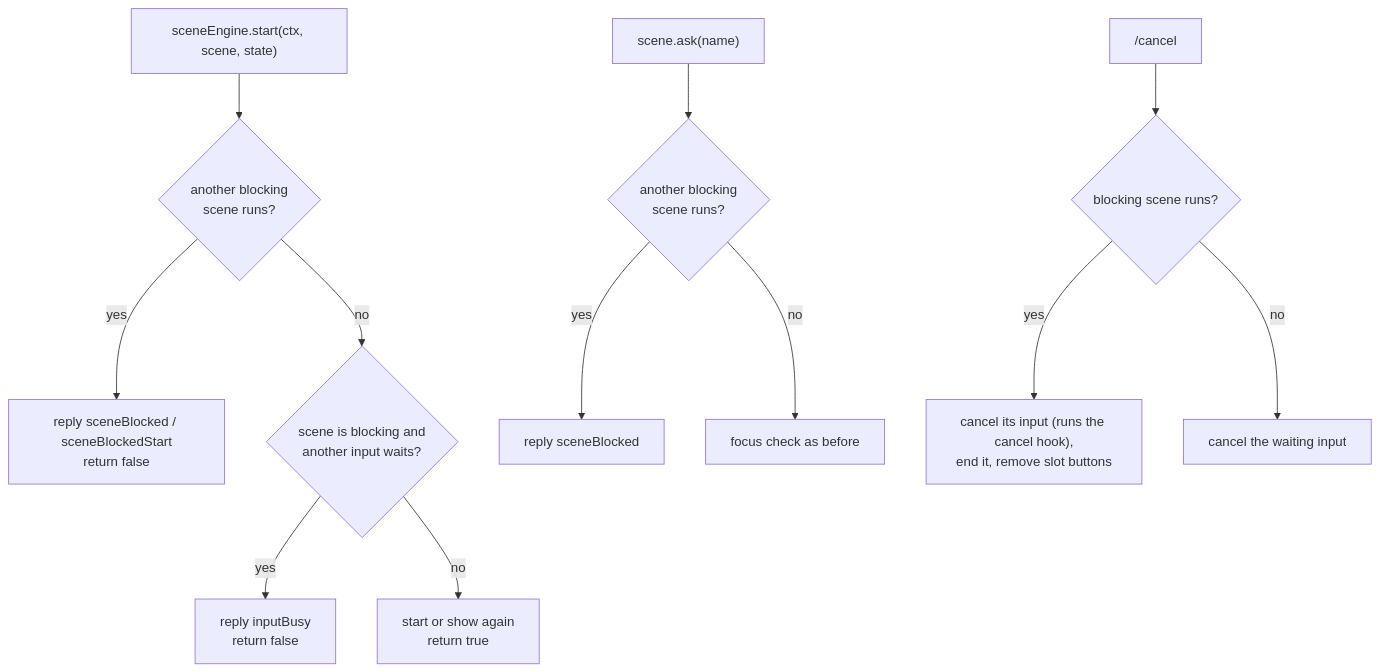
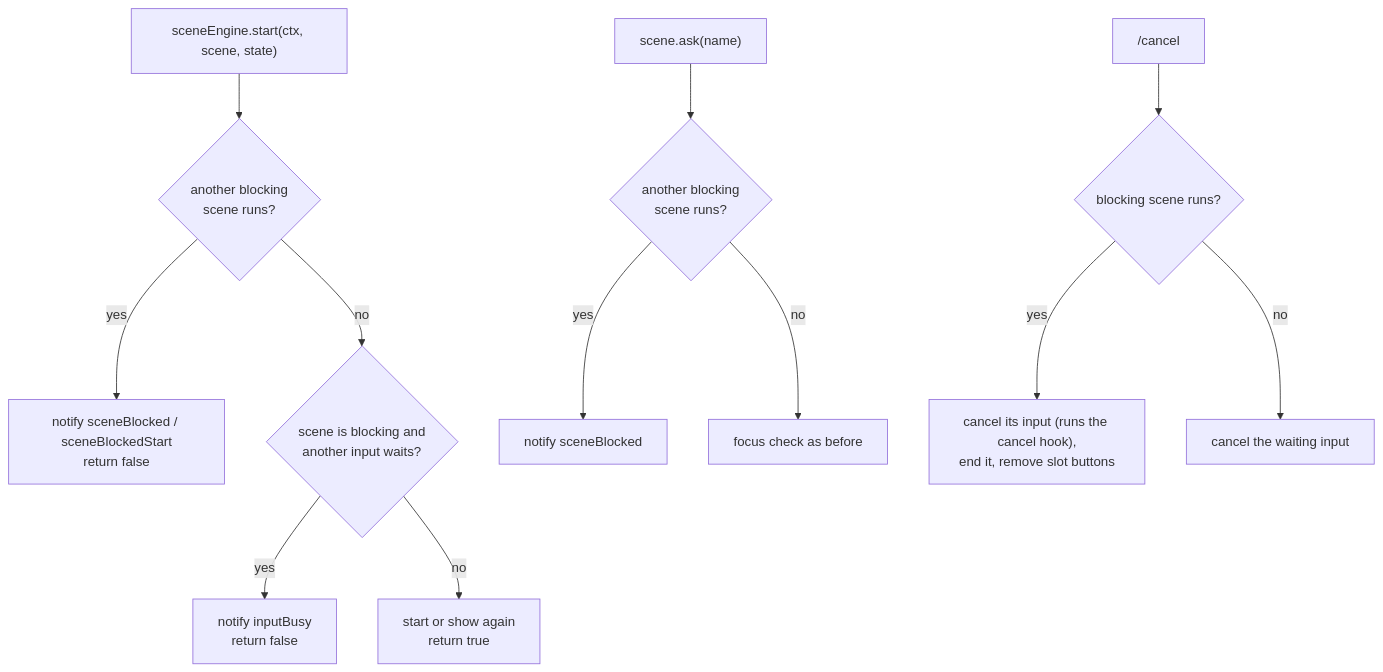
Before and after one commit to ayuvlasenko/smart-assistant: the third of 6 diagrams in apps/server/src/plugins/app/telegram/README.md, drawn with Mermaid. The commit also changed other lines of this file and 5 other files, not shown here.

````diff
--- a/apps/server/src/plugins/app/telegram/README.md
+++ b/apps/server/src/plugins/app/telegram/README.md
@@ -483,16 +484,16 @@
 ```mermaid
 flowchart TD
     start["sceneEngine.start(ctx, scene, state)"] --> blocker{"another blocking<br/>scene runs?"}
-    blocker -->|yes| refuse["reply sceneBlocked / sceneBlockedStart<br/>return false"]
+    blocker -->|yes| refuse["notify sceneBlocked / sceneBlockedStart<br/>return false"]
     blocker -->|no| own{"scene is blocking and<br/>another input waits?"}
-    own -->|yes| busy["reply inputBusy<br/>return false"]
+    own -->|yes| busy["notify inputBusy<br/>return false"]
     own -->|no| run["start or show again<br/>return true"]
 
     ask["scene.ask(name)"] --> askBlocker{"another blocking<br/>scene runs?"}
-    askBlocker -->|yes| askRefuse["reply sceneBlocked"]
+    askBlocker -->|yes| askRefuse["notify sceneBlocked"]
     askBlocker -->|no| askFocus["focus check as before"]
 
     cancel["/cancel"] --> hasBlocker{"blocking scene runs?"}
     hasBlocker -->|yes| endScene["cancel its input (runs the cancel hook),<br/>end it, remove slot buttons"]
     hasBlocker -->|no| cancelInput["cancel the waiting input"]
 ```
````
